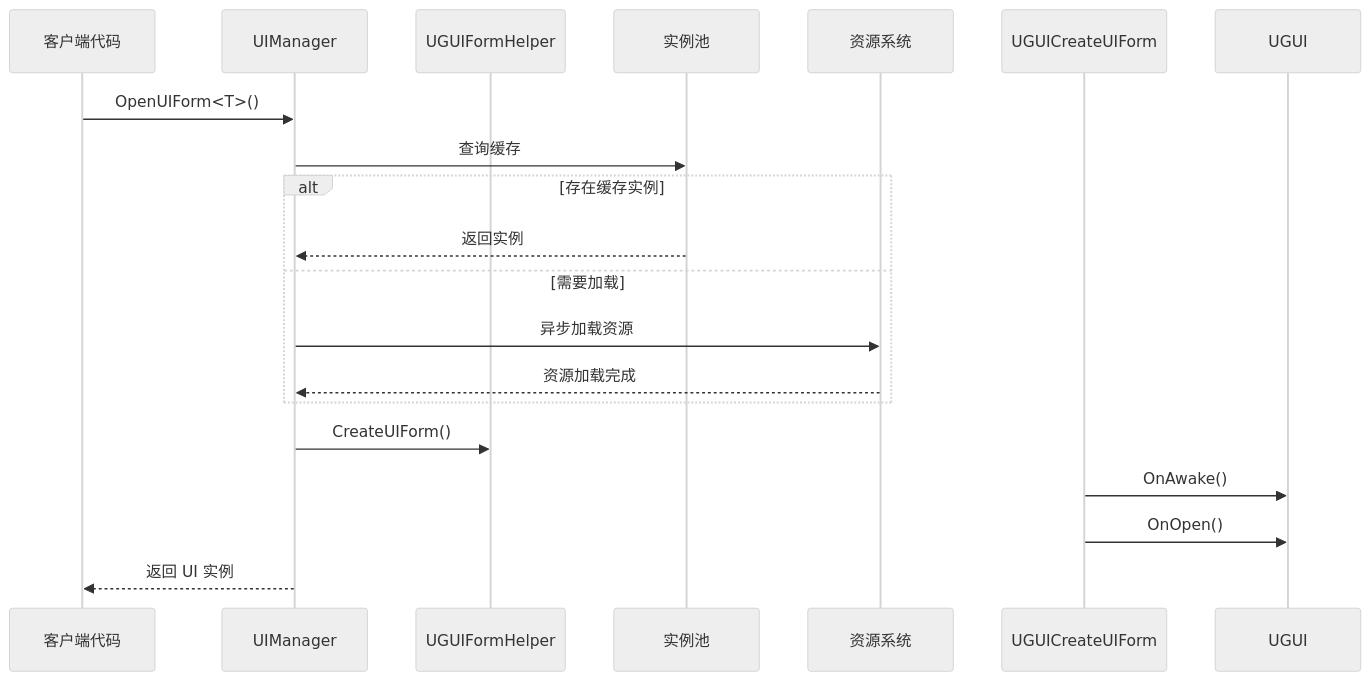
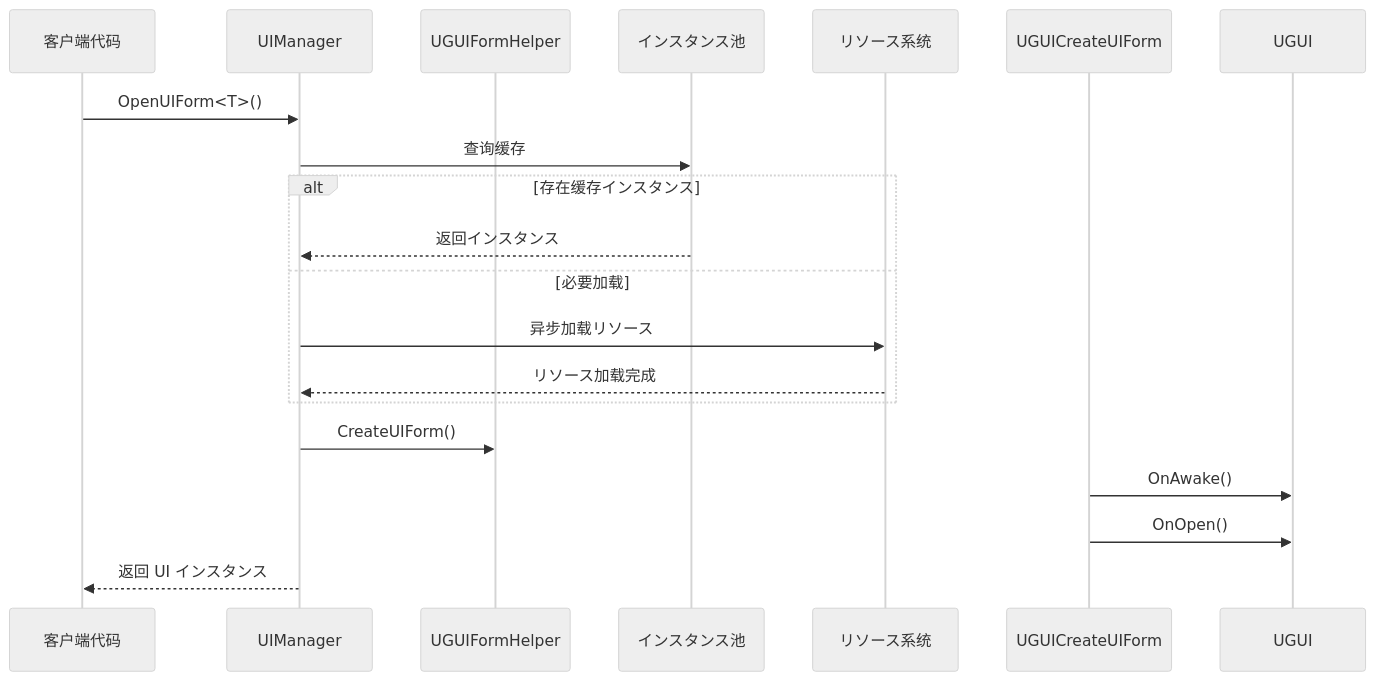
One commit to AlianBlank/GameFrameX.Docs changed the second of 2 diagrams in docs/ja/client/unity/component/ui-ugui/01.overview.md. Above: the diagram before and after it, drawn with Mermaid (neutral theme). The commit also changed other lines of this file and 603 other files, not shown here.

````diff
--- a/docs/ja/client/unity/component/ui-ugui/01.overview.md
+++ b/docs/ja/client/unity/component/ui-ugui/01.overview.md
@@ -106,21 +106,21 @@
 ```mermaid
 sequenceDiagram
     participant Client as 客户端代码
     participant UIManager as UIManager
     participant UGUIFormHelper as UGUIFormHelper
-    participant InstancePool as 实例池
-    participant AssetSystem as 资源系统
+    participant InstancePool as インスタンス池
+    participant AssetSystem as リソース系统
 
     Client->>UIManager: OpenUIForm<T>()
     UIManager->>InstancePool: 查询缓存
-    alt 存在缓存实例
-        InstancePool-->>UIManager: 返回实例
-    else 需要加载
-        UIManager->>AssetSystem: 异步加载资源
-        AssetSystem-->>UIManager: 资源加载完成
+    alt 存在缓存インスタンス
+        InstancePool-->>UIManager: 返回インスタンス
+    else 必要加载
+        UIManager->>AssetSystem: 异步加载リソース
+        AssetSystem-->>UIManager: リソース加载完成
     end
     UIManager->>UGUIFormHelper: CreateUIForm()
     UGUICreateUIForm->>UGUI: OnAwake()
     UGUICreateUIForm->>UGUI: OnOpen()
-    UIManager-->>Client: 返回 UI 实例
+    UIManager-->>Client: 返回 UI インスタンス
 ```
````
